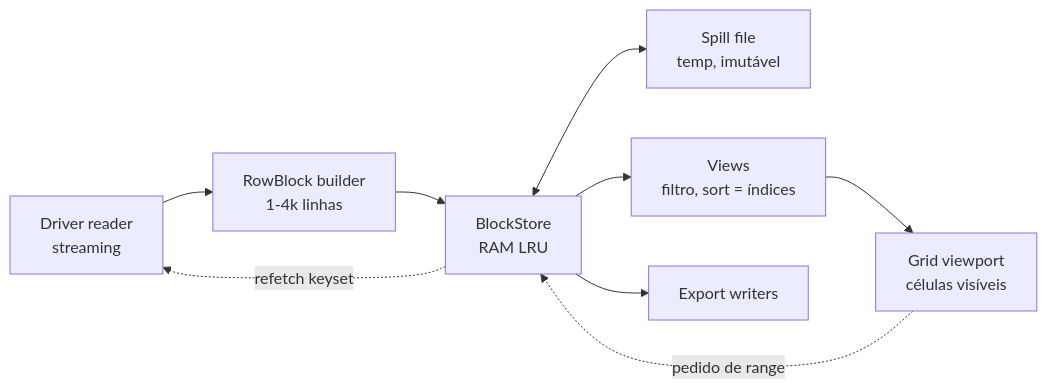
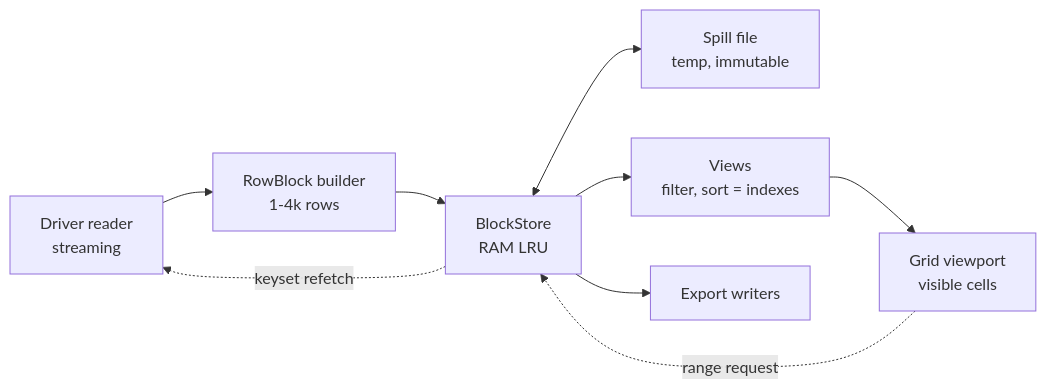
One commit to JoaoMarcos03/Eunomia changed the first of 7 diagrams in docs/spec/specification.md. Above: the diagram before and after it, drawn with Mermaid. The commit also changed other lines of this file and 50 other files, not shown here.

````diff
--- a/docs/spec/specification.md
+++ b/docs/spec/specification.md
@@ -961,11 +961,11 @@
 ```mermaid
 flowchart LR
-  R[Driver reader<br/>streaming] --> B[RowBlock builder<br/>1-4k linhas]
+  R[Driver reader<br/>streaming] --> B[RowBlock builder<br/>1-4k rows]
   B --> S[BlockStore<br/>RAM LRU]
-  S <--> F[Spill file<br/>temp, imutável]
-  S --> V[Views<br/>filtro, sort = índices]
-  V --> G[Grid viewport<br/>células visíveis]
+  S <--> F[Spill file<br/>temp, immutable]
+  S --> V[Views<br/>filter, sort = indexes]
+  V --> G[Grid viewport<br/>visible cells]
   S --> W[Export writers]
-  G -. pedido de range .-> S
-  S -. refetch keyset .-> R
+  G -. range request .-> S
+  S -. keyset refetch .-> R
 ```
````
